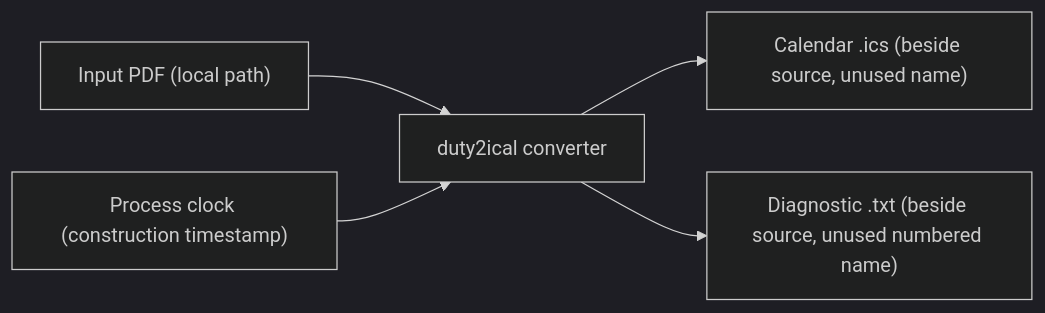
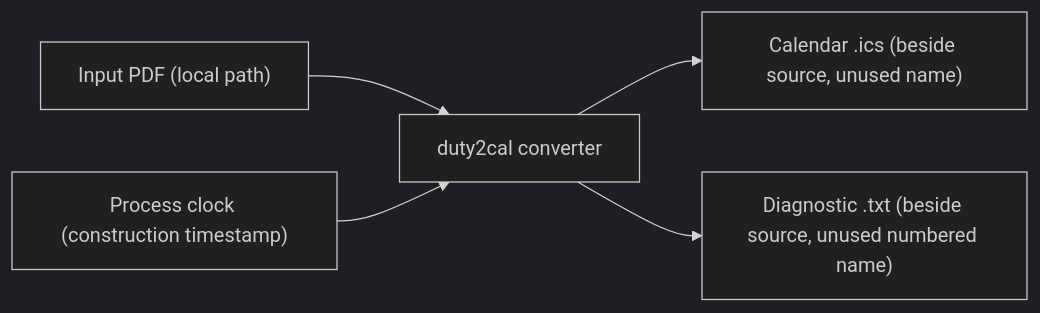
One commit to duty2cal/duty2cal changed the second of 2 diagrams in docs/arc42/03-context-and-scope.md. Above: the diagram before and after it, drawn with Mermaid (dark theme). The commit also changed other lines of this file and 49 other files, not shown here.

````diff
--- a/docs/arc42/03-context-and-scope.md
+++ b/docs/arc42/03-context-and-scope.md
@@ -22,7 +22,7 @@
 ```mermaid
 flowchart LR
-  pdf["Input PDF (local path)"] --> conv["duty2ical converter"]
+  pdf["Input PDF (local path)"] --> conv["duty2cal converter"]
   conv --> ics["Calendar .ics (beside source, unused name)"]
   conv --> diag["Diagnostic .txt (beside source, unused numbered name)"]
   crypto["Process clock (construction timestamp)"] --> conv
 ```
````
